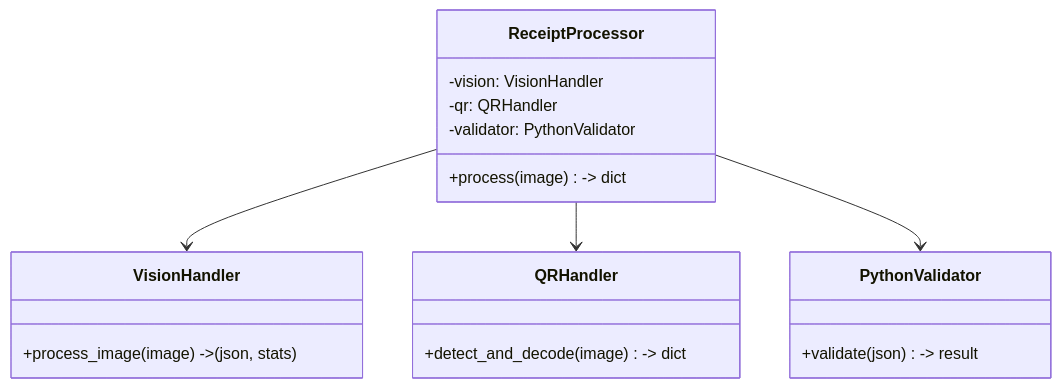
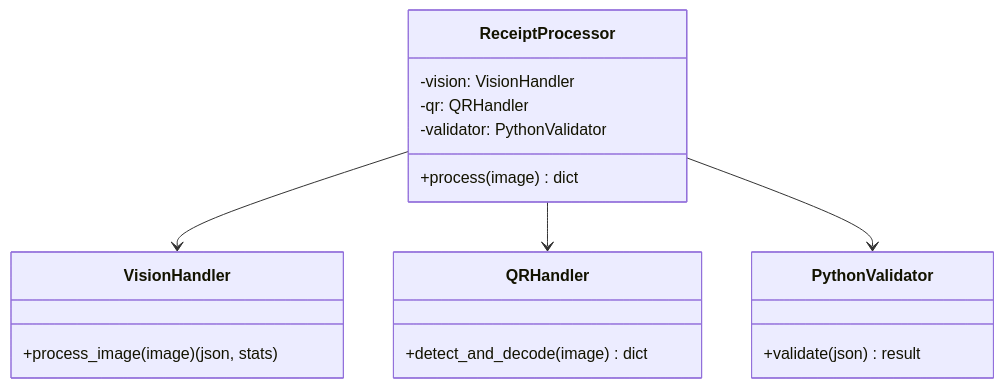
One commit to Alan2O18/InvoSmart changed the third of 4 diagrams in docs/backend_architecture.md. Above: the diagram before and after it, drawn with Mermaid. The commit also changed other lines of this file and 36 other files, not shown here.

````diff
--- a/docs/backend_architecture.md
+++ b/docs/backend_architecture.md
@@ -93,25 +114,25 @@
 ```mermaid
 classDiagram
     class ReceiptProcessor {
         -vision: VisionHandler
         -qr: QRHandler
         -validator: PythonValidator
-        +process(image) -> dict
+        +process(image) dict
     }
-    
+
     class VisionHandler {
-        +process_image(image) -> (json, stats)
+        +process_image(image) (json, stats)
     }
-    
+
     class QRHandler {
-        +detect_and_decode(image) -> dict
+        +detect_and_decode(image) dict
     }
-    
+
     class PythonValidator {
-        +validate(json) -> result
+        +validate(json) result
     }
-    
+
     ReceiptProcessor --> VisionHandler
     ReceiptProcessor --> QRHandler
     ReceiptProcessor --> PythonValidator
 ```
````
